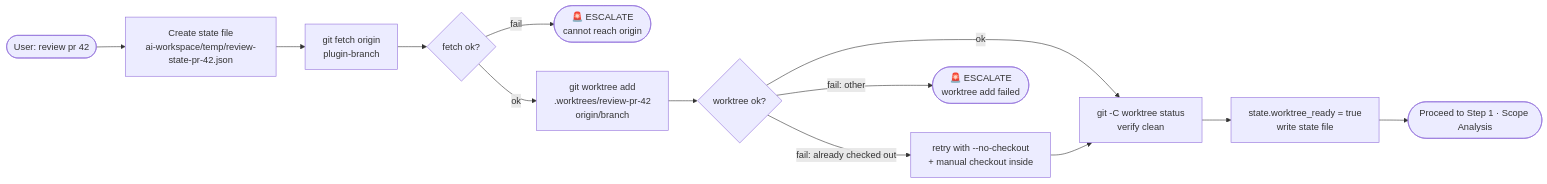
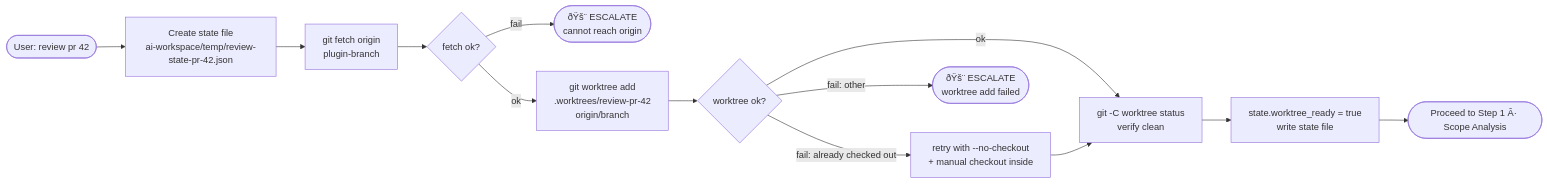
One commit to MrKimBao/dev-lifecycle-agents changed the diagram in ai-workspace/review-lifecycle/step-0-setup.md. Above: the diagram before and after it, drawn with Mermaid. The commit also changed other lines of this file and 19 other files, not shown here.

````diff
--- a/ai-workspace/review-lifecycle/step-0-setup.md
+++ b/ai-workspace/review-lifecycle/step-0-setup.md
@@ -34,18 +34,18 @@
 ```mermaid
 flowchart LR
     IN([User: review pr 42]) --> S1
     S1[Create state file\nai-workspace/temp/review-state-pr-42.json] --> S2
     S2[git fetch origin\nplugin-branch] --> S3
     S3{fetch ok?}
-    S3 -->|fail| ESC(["🚨 ESCALATE\ncannot reach origin"])
+    S3 -->|fail| ESC(["ðŸš¨ ESCALATE\ncannot reach origin"])
     S3 -->|ok| S4
     S4[git worktree add\n.worktrees/review-pr-42\norigin/branch] --> S5
     S5{worktree ok?}
     S5 -->|fail: already checked out| S5a[retry with --no-checkout\n+ manual checkout inside]
-    S5 -->|fail: other| ESC2(["🚨 ESCALATE\nworktree add failed"])
+    S5 -->|fail: other| ESC2(["ðŸš¨ ESCALATE\nworktree add failed"])
     S5 -->|ok| S6
     S5a --> S6
     S6[git -C worktree status\nverify clean]
     S6 --> S7[state.worktree_ready = true\nwrite state file]
-    S7 --> OUT([Proceed to Step 1 · Scope Analysis])
+    S7 --> OUT([Proceed to Step 1 Â· Scope Analysis])
 ```
````
